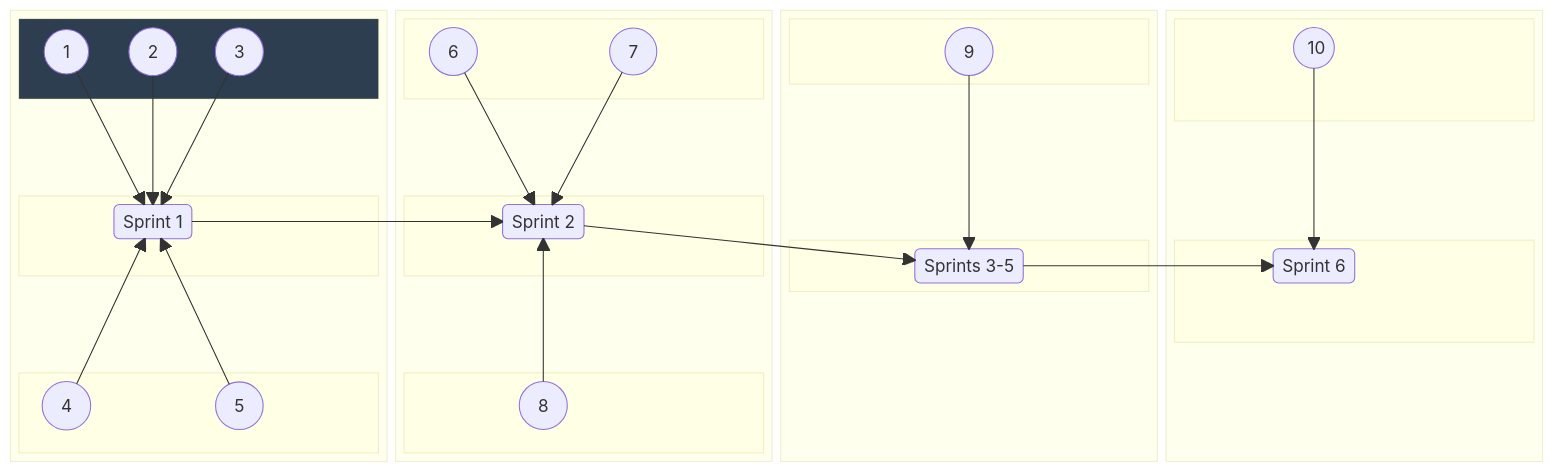
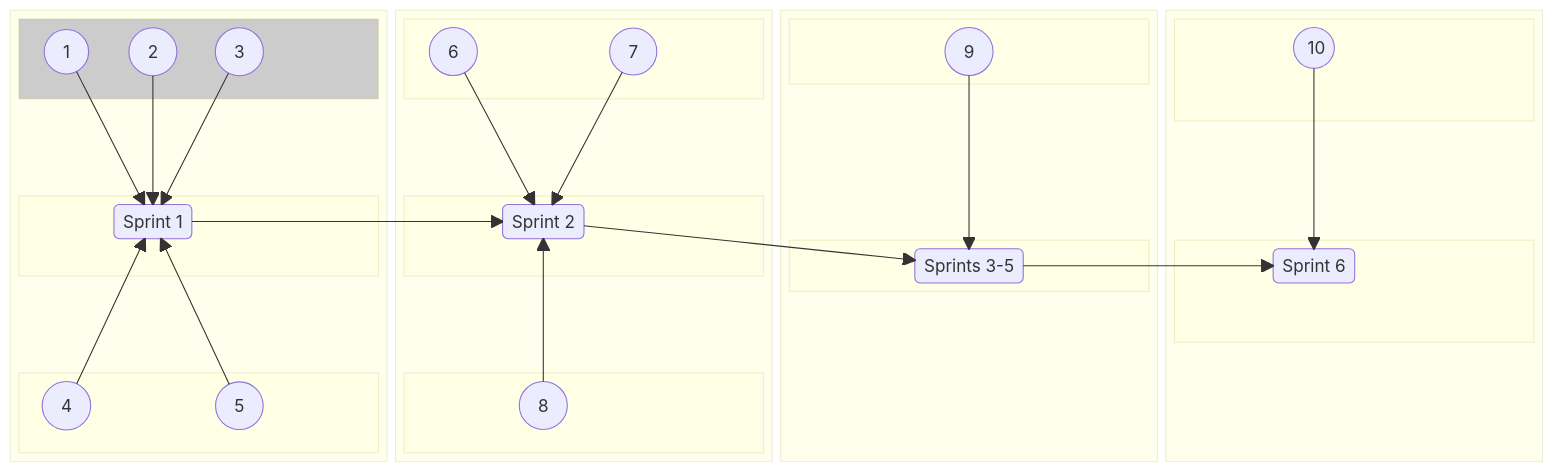
The second of 2 diagrams in README.md (jdmedlock/mermaid_testing), drawn with Mermaid before and after one commit.

Commit message:
Feature: Add annotations to test layout

````diff
--- a/README.md
+++ b/README.md
@@ -190,5 +190,5 @@
     SPRINT2 --> SPRINTS35
     SPRINTS35 --> SPRINT6
 
-    style B1TOP fill:#2c3e50
+    style B1TOP fill:#ccc
 ```
````
